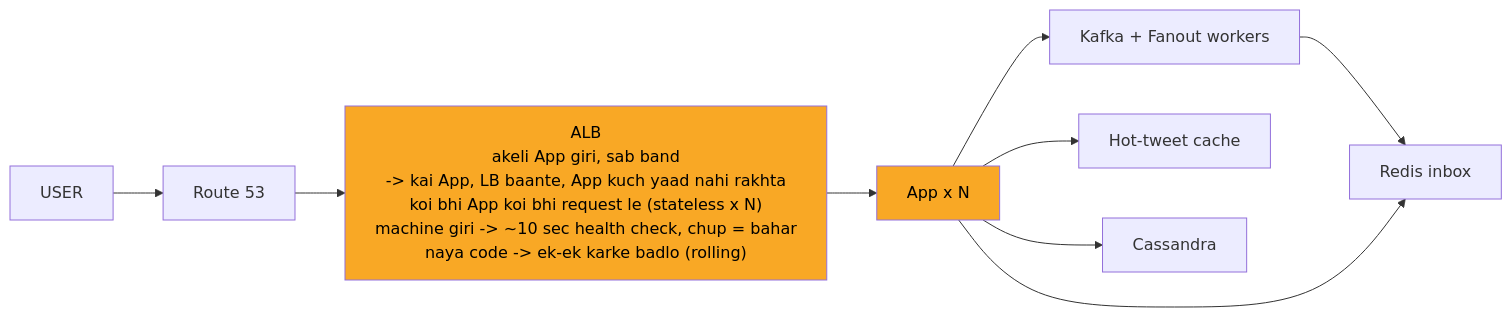
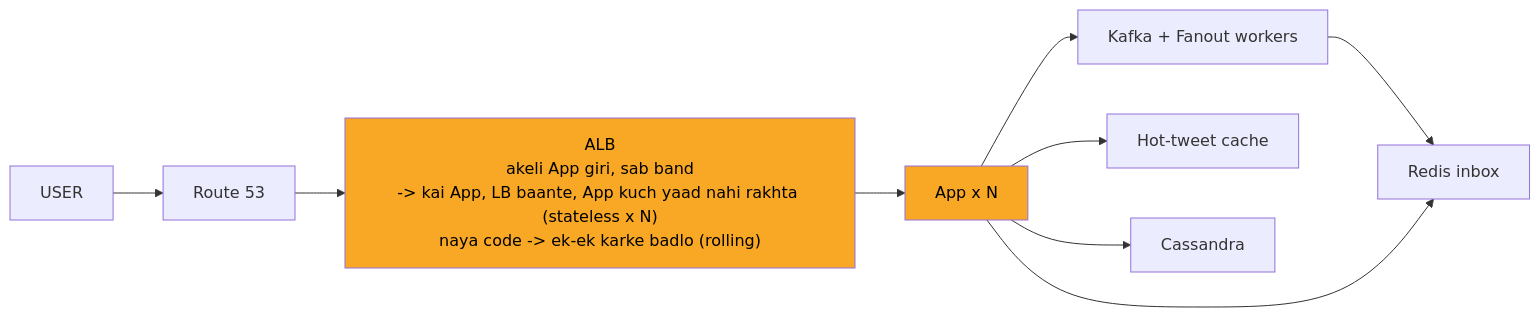
The diagram in 04_HLD/SYSTEM_DESIGNS/03_twitter_feed/img/c8.mmd (ArpanMaheshwari144/Prep), drawn with Mermaid before and after one commit. The commit also changed 42 other files, not shown here.

```diff
--- a/04_HLD/SYSTEM_DESIGNS/03_twitter_feed/img/c8.mmd
+++ b/04_HLD/SYSTEM_DESIGNS/03_twitter_feed/img/c8.mmd
@@ -1,20 +1,20 @@
 %%{init: {"flowchart": {"wrappingWidth": 450}}}%%
 flowchart LR
     n_USER["USER"]
     n_Route_53["Route 53"]
-    n_ALB["ALB<br/>akeli App giri, sab band<br/>-> kai App, LB baante, App kuch yaad nahi rakhta<br/>koi bhi App koi bhi request le (stateless x N)<br/>machine giri -> ~10 sec health check, chup = bahar<br/>naya code -> ek-ek karke badlo (rolling)"]
+    n_ALB["ALB<br/>akeli App giri, sab band<br/>-> kai App, LB baante, App kuch yaad nahi rakhta (stateless x N)<br/>naya code -> ek-ek karke badlo (rolling)"]
     n_App_xN["App x N"]
     n_FAN["Kafka + Fanout workers"]
     n_Redis_inbox["Redis inbox"]
     n_Hot_tweet_cache["Hot-tweet cache"]
     n_Cassandra["Cassandra"]
     n_USER --> n_Route_53
     n_Route_53 --> n_ALB
     n_ALB --> n_App_xN
     n_App_xN --> n_FAN
     n_App_xN --> n_Hot_tweet_cache
     n_App_xN --> n_Cassandra
     n_FAN --> n_Redis_inbox
     n_App_xN --> n_Redis_inbox
     style n_ALB fill:#f9a825,color:#000
     style n_App_xN fill:#f9a825,color:#000
```
